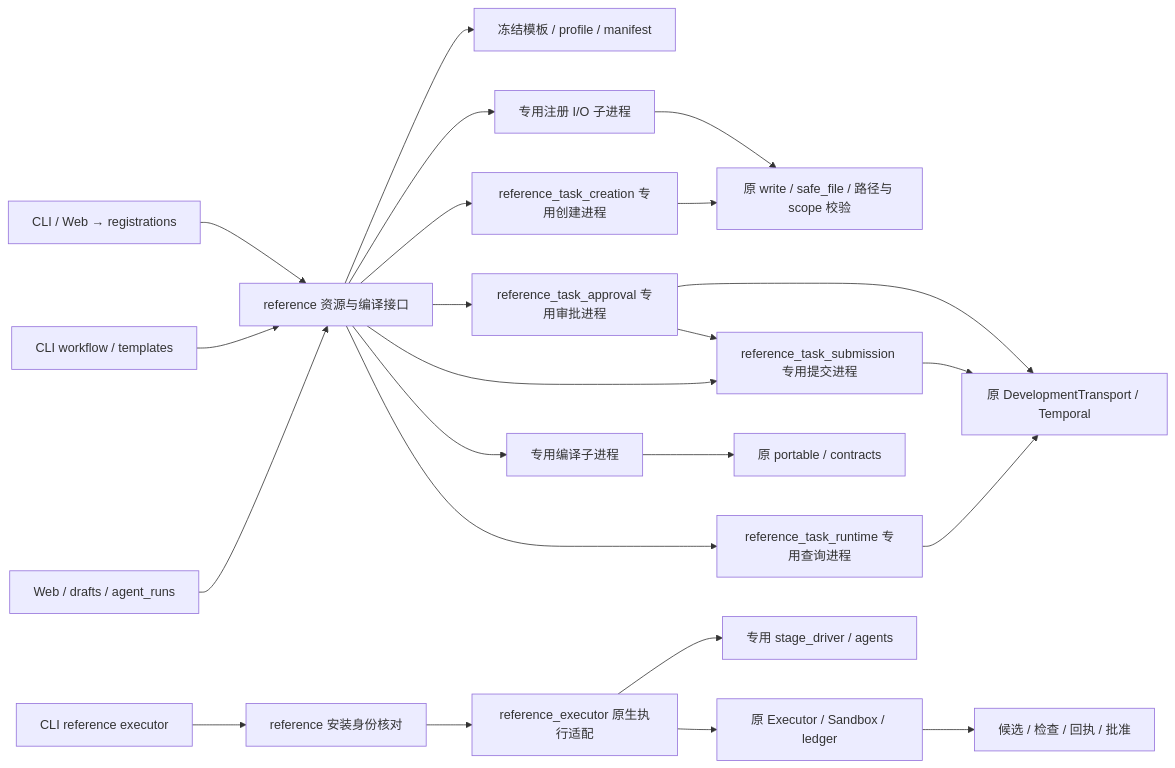
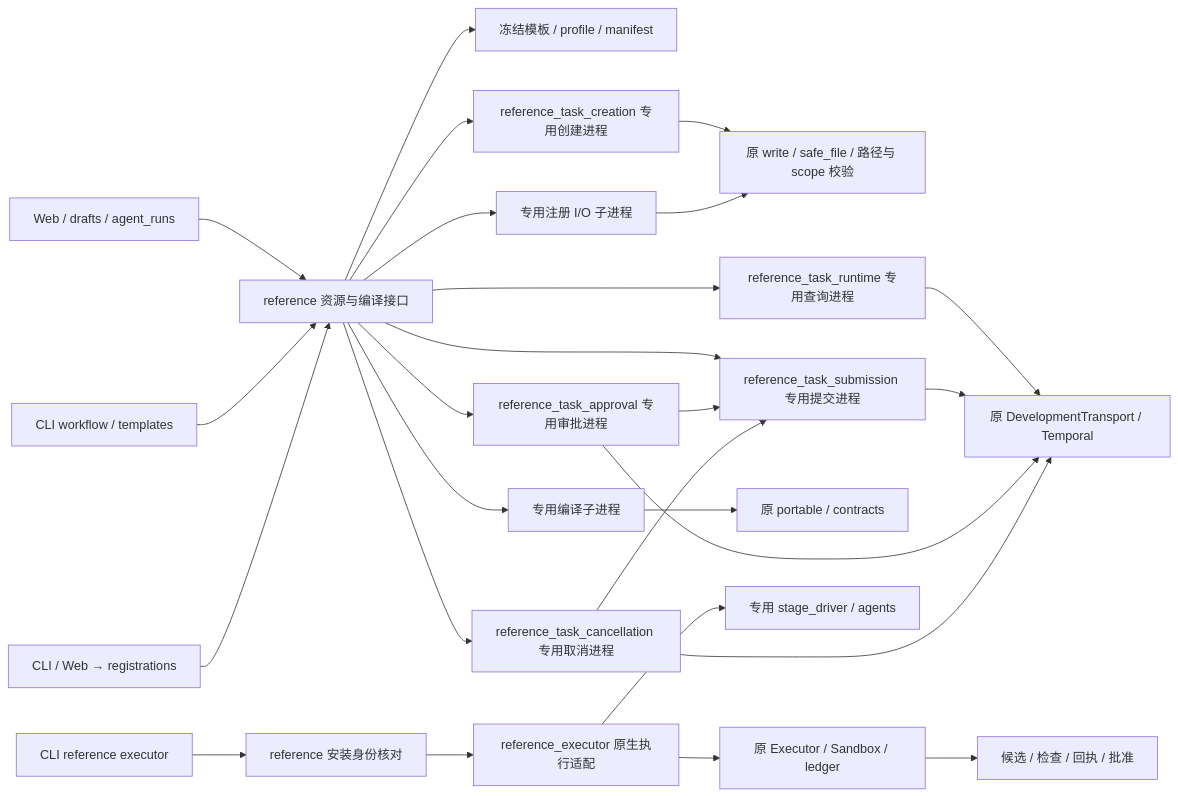
The diagram in docs/architecture/reference-boundary.md (626619403/Ergora), drawn with Mermaid before and after one commit. The commit also changed other lines of this file and 22 other files, not shown here.

````diff
--- a/docs/architecture/reference-boundary.md
+++ b/docs/architecture/reference-boundary.md
@@ -7,25 +7,28 @@
 ```mermaid
 flowchart LR
   Web[Web / drafts / agent_runs] --> Ref[reference 资源与编译接口]
   CLI[CLI workflow / templates] --> Ref
   Registration[CLI / Web → registrations] --> Ref
   Ref --> Resources[冻结模板 / profile / manifest]
   Ref --> Creation[reference_task_creation 专用创建进程]
   Creation --> Files
   Ref --> RuntimeQuery[reference_task_runtime 专用查询进程]
   RuntimeQuery --> Transport[原 DevelopmentTransport / Temporal]
   Ref --> Submission[reference_task_submission 专用提交进程]
   Submission --> Transport
   Ref --> Approval[reference_task_approval 专用审批进程]
   Approval --> Submission
   Approval --> Transport
+  Ref --> Cancellation[reference_task_cancellation 专用取消进程]
+  Cancellation --> Submission
+  Cancellation --> Transport
   Ref --> Compiler[专用编译子进程]
   Compiler --> Portable[原 portable / contracts]
   Ref --> Projection[专用注册 I/O 子进程]
   Projection --> Files[原 write / safe_file / 路径与 scope 校验]
   ExecCLI[CLI reference executor] --> Identity[reference 安装身份核对]
   Identity --> Bridge[reference_executor 原生执行适配]
   Bridge --> Original[原 Executor / Sandbox / ledger]
   Bridge --> Driver[专用 stage_driver / agents]
   Original --> Evidence[候选 / 检查 / 回执 / 批准]
 ```
````
